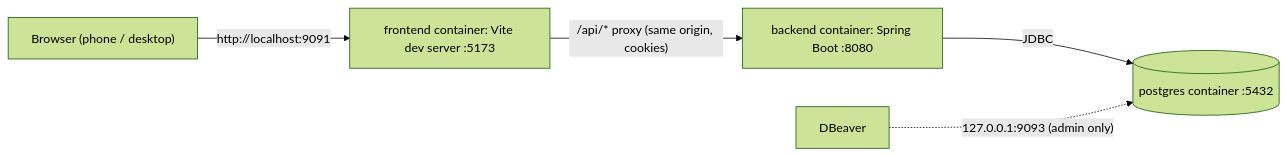
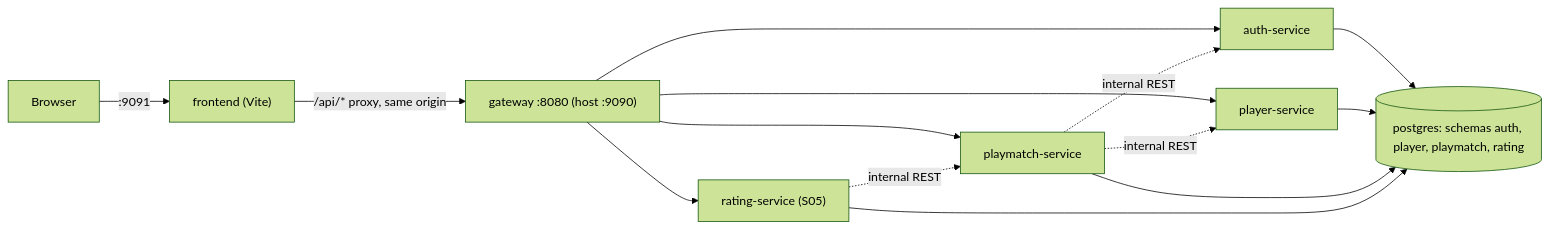
The first of 2 diagrams in planning/architecture/system-design.md (khoadeptrai199/faircourt), drawn with Mermaid (forest theme) before and after one commit. The commit also changed other lines of this file and 17 other files, not shown here.

First line of the commit message:
Plan microservices architecture and re-scope sprint 01

````diff
--- a/planning/architecture/system-design.md
+++ b/planning/architecture/system-design.md
@@ -17,7 +34,16 @@
 ```mermaid
 flowchart LR
-    B["Browser (phone / desktop)"] -->|"http://localhost:9091"| V["frontend container: Vite dev server :5173"]
-    V -->|"/api/* proxy (same origin, cookies)"| S["backend container: Spring Boot :8080"]
-    S -->|JDBC| P[("postgres container :5432")]
-    D["DBeaver"] -.->|"127.0.0.1:9093 (admin only)"| P
+    B["Browser"] -->|":9091"| V["frontend (Vite)"]
+    V -->|"/api/* proxy, same origin"| G["gateway :8080 (host :9090)"]
+    G --> A["auth-service"]
+    G --> PL["player-service"]
+    G --> PM["playmatch-service"]
+    G --> R["rating-service (S05)"]
+    PM -.->|"internal REST"| PL
+    PM -.->|"internal REST"| A
+    R -.->|"internal REST"| PM
+    A --> DB[("postgres: schemas auth, player, playmatch, rating")]
+    PL --> DB
+    PM --> DB
+    R --> DB
 ```
````
